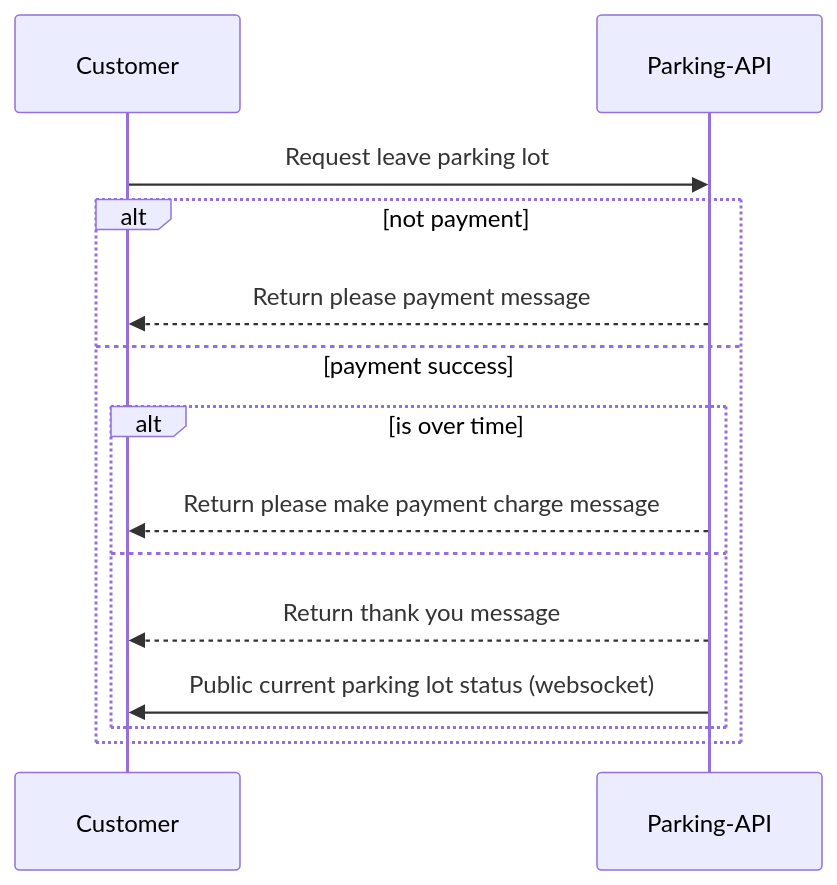
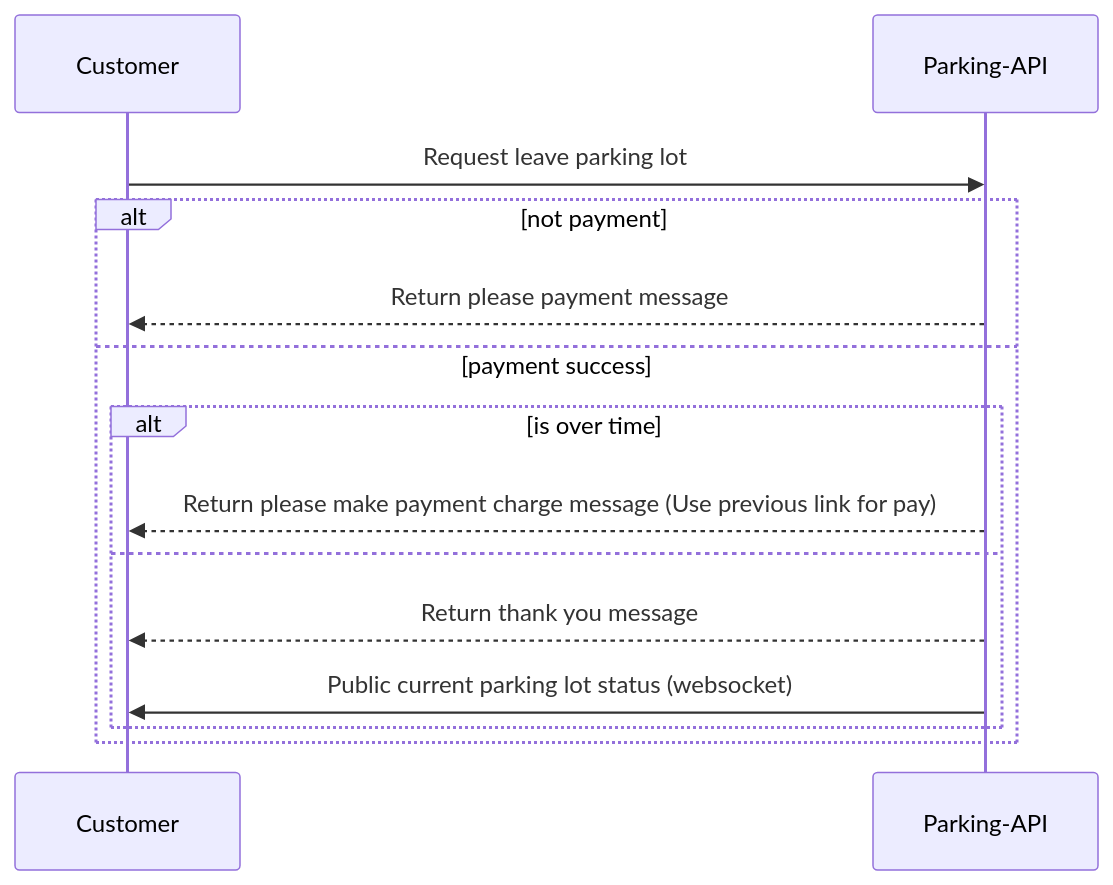
Before and after one commit to martzing/ascend-test: the second of 3 diagrams in parking-api.md, drawn with Mermaid. The commit also changed other lines of this file and 2 other files, not shown here.

Commit message:
update diagram

````diff
--- a/parking-api.md
+++ b/parking-api.md
@@ -13,14 +13,14 @@
 ```mermaid
     sequenceDiagram
         Customer->>Parking-API: Request leave parking lot
         alt not payment
             Parking-API-->>Customer: Return please payment message
         else payment success
             alt is over time
-                Parking-API-->>Customer: Return please make payment charge message
+                Parking-API-->>Customer: Return please make payment charge message (Use previous link for pay)
             else
                 Parking-API-->>Customer: Return thank you message
                 Parking-API->>Customer: Public current parking lot status (websocket)
             end
         end
 ```
````
